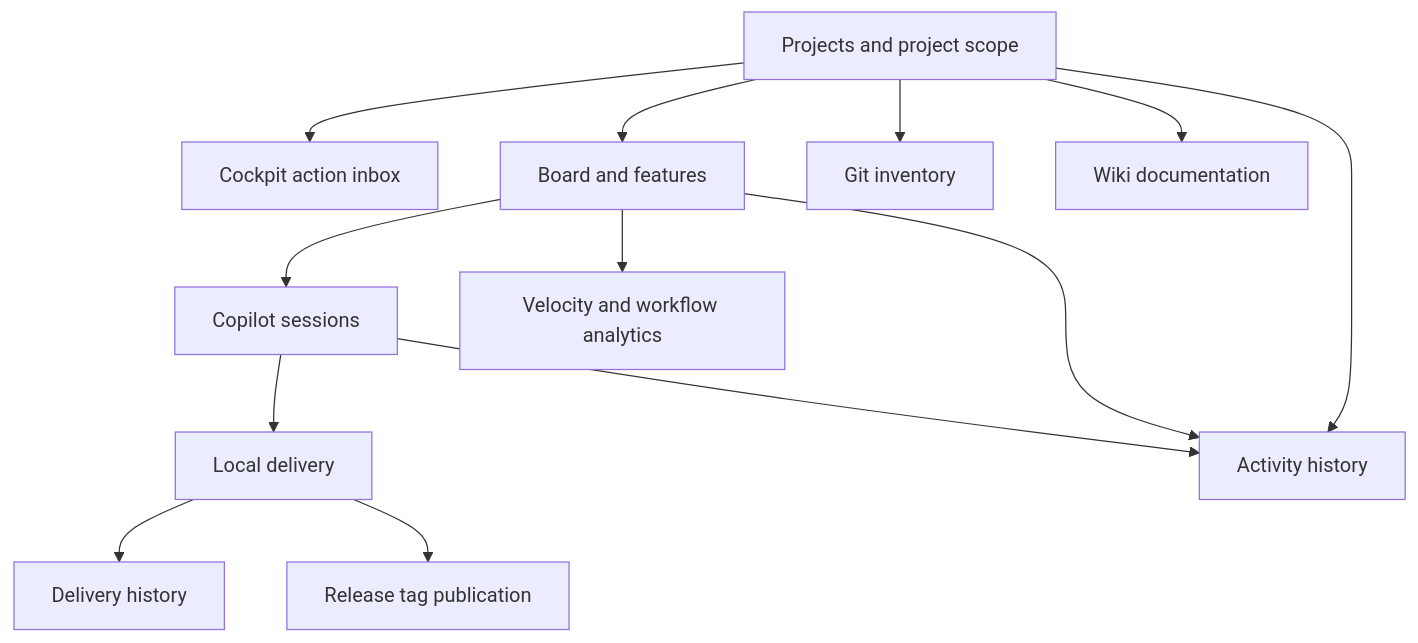
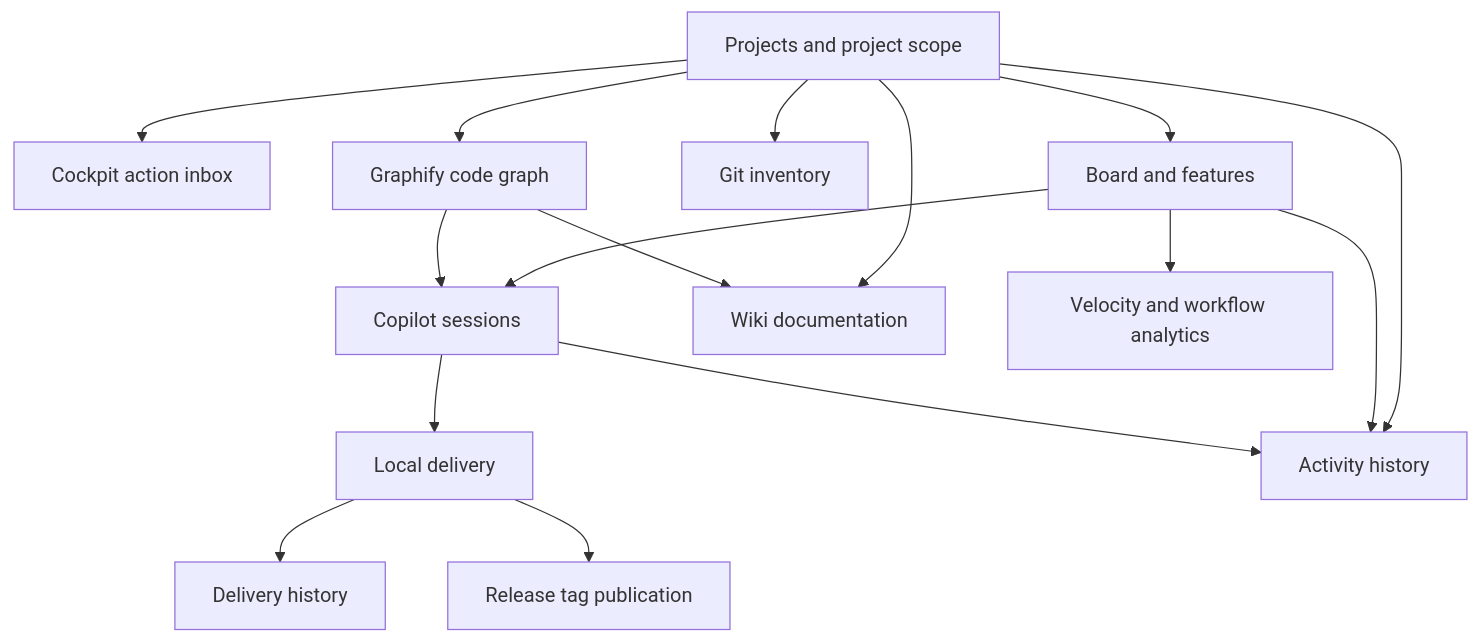
Before and after one commit to ogetstephane/kanban-ia-factory: the diagram in doc/features/README.md, drawn with Mermaid. The commit also changed other lines of this file and 519 other files, not shown here.

````diff
--- a/doc/features/README.md
+++ b/doc/features/README.md
@@ -33,15 +34,18 @@
 ```mermaid
 flowchart TD
     Projects[Projects and project scope] --> Cockpit[Cockpit action inbox]
     Projects --> Board[Board and features]
     Board --> Sessions[Copilot sessions]
     Sessions --> Delivery[Local delivery]
     Delivery --> Deliveries[Delivery history]
     Delivery --> Releases[Release tag publication]
     Projects --> Git[Git inventory]
     Projects --> Wiki[Wiki documentation]
+    Projects --> CodeGraph[Graphify code graph]
+    CodeGraph --> Sessions
+    CodeGraph --> Wiki
     Board --> Analytics[Velocity and workflow analytics]
     Projects --> Activity[Activity history]
     Board --> Activity
     Sessions --> Activity
 ```
````
